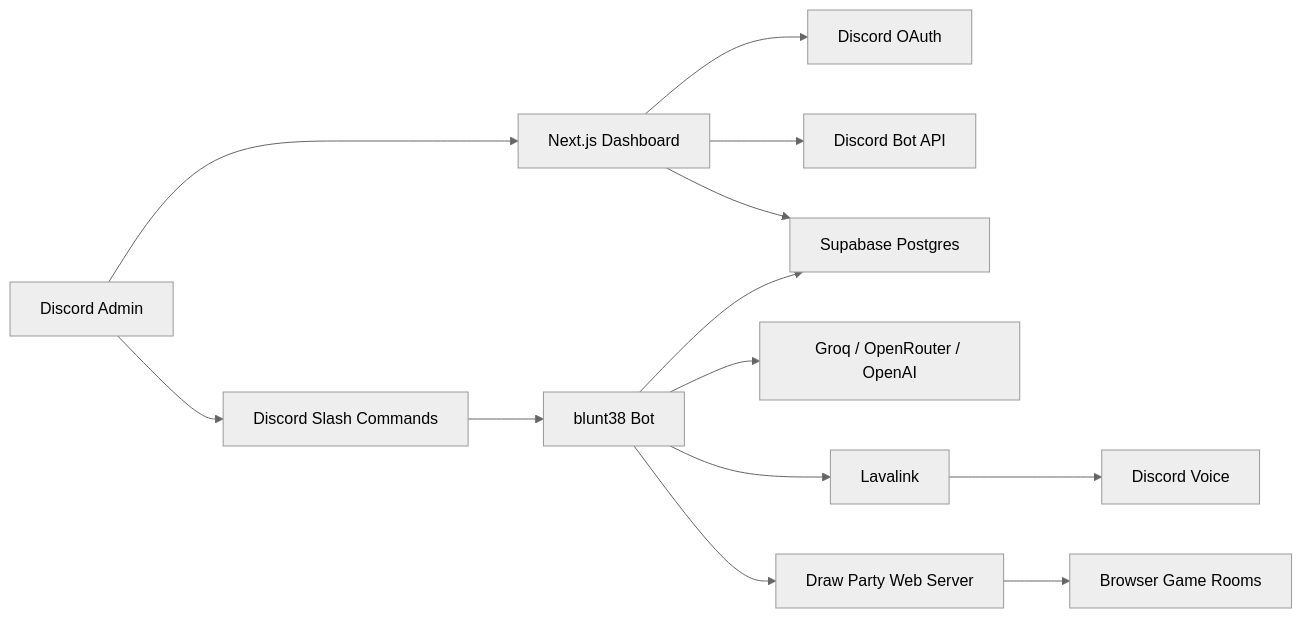
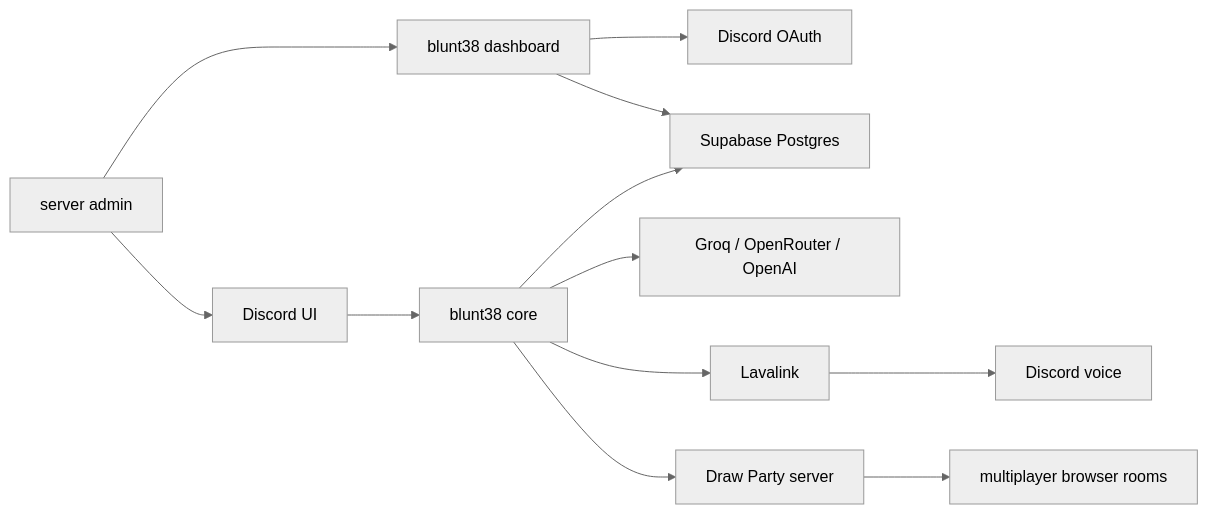
One commit to Eclipxse/Brownizzz changed the diagram in README.md. Above: the diagram before and after it, drawn with Mermaid (neutral theme). The commit also changed other lines of this file, not shown here.

````diff
--- a/README.md
+++ b/README.md
@@ -72,15 +89,14 @@
 ```mermaid
 flowchart LR
-  Admin["Discord Admin"] --> Dashboard["Next.js Dashboard"]
-  Admin --> Discord["Discord Slash Commands"]
+  Human["server admin"] --> Discord["Discord UI"]
+  Human --> Dashboard["blunt38 dashboard"]
+  Discord --> Bot["blunt38 core"]
   Dashboard --> OAuth["Discord OAuth"]
-  Dashboard --> BotAPI["Discord Bot API"]
   Dashboard --> DB["Supabase Postgres"]
-  Discord --> Bot["blunt38 Bot"]
   Bot --> DB
   Bot --> AI["Groq / OpenRouter / OpenAI"]
   Bot --> Lava["Lavalink"]
-  Bot --> Game["Draw Party Web Server"]
-  Lava --> Voice["Discord Voice"]
-  Game --> Browser["Browser Game Rooms"]
+  Bot --> Draw["Draw Party server"]
+  Lava --> Voice["Discord voice"]
+  Draw --> Browser["multiplayer browser rooms"]
 ```
````
